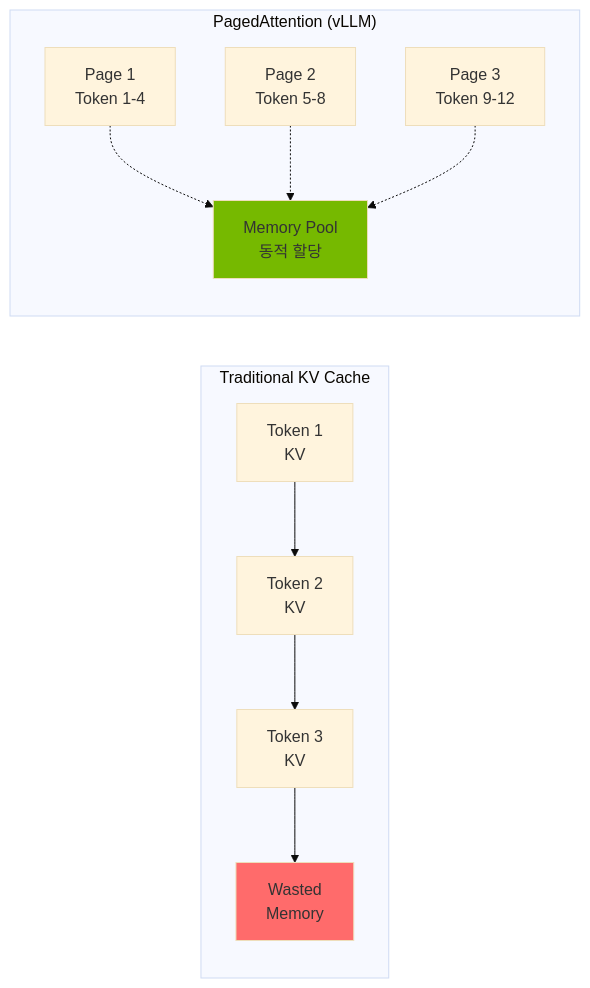
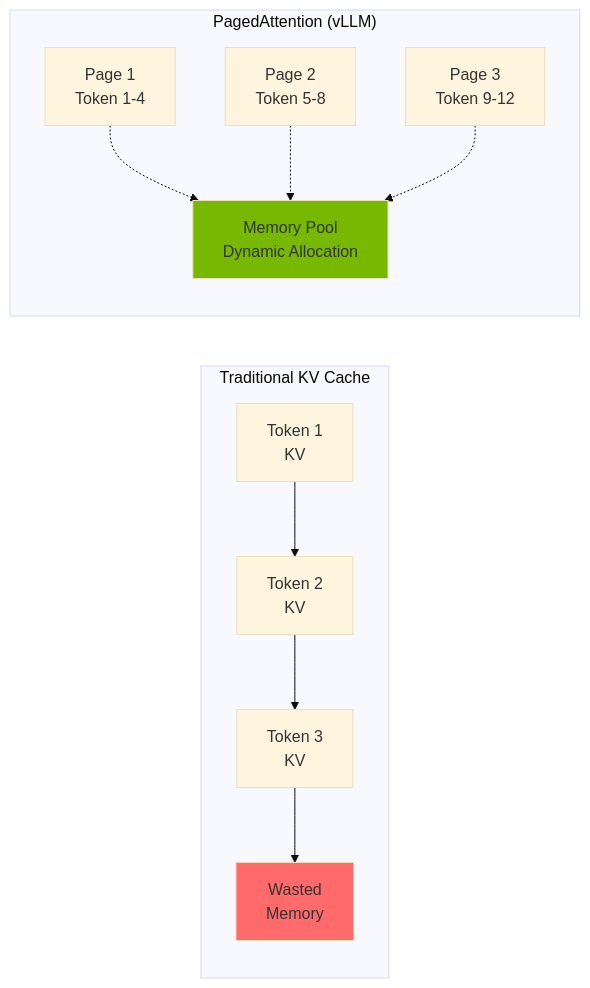
Before and after one commit to devfloor9/engineering-playbook: the fifth of 6 diagrams in docs/agentic-ai-platform/model-serving/inference-frameworks/moe-model-serving.md, drawn with Mermaid (base theme). The commit also changed other lines of this file and 954 other files, not shown here.

````diff
--- a/docs/agentic-ai-platform/model-serving/inference-frameworks/moe-model-serving.md
+++ b/docs/agentic-ai-platform/model-serving/inference-frameworks/moe-model-serving.md
@@ -389,21 +389,21 @@
 ```mermaid
 flowchart LR
     subgraph Trad["Traditional KV Cache"]
         T1[Token 1<br/>KV] --> T2[Token 2<br/>KV]
         T2 --> T3[Token 3<br/>KV]
         T3 --> WASTE[Wasted<br/>Memory]
     end
 
     subgraph Paged["PagedAttention (vLLM)"]
         P1[Page 1<br/>Token 1-4]
         P2[Page 2<br/>Token 5-8]
         P3[Page 3<br/>Token 9-12]
-        POOL[Memory Pool<br/>동적 할당]
+        POOL[Memory Pool<br/>Dynamic Allocation]
         P1 -.-> POOL
         P2 -.-> POOL
         P3 -.-> POOL
     end
 
     style WASTE fill:#ff6b6b
     style POOL fill:#76b900
 ```
````
